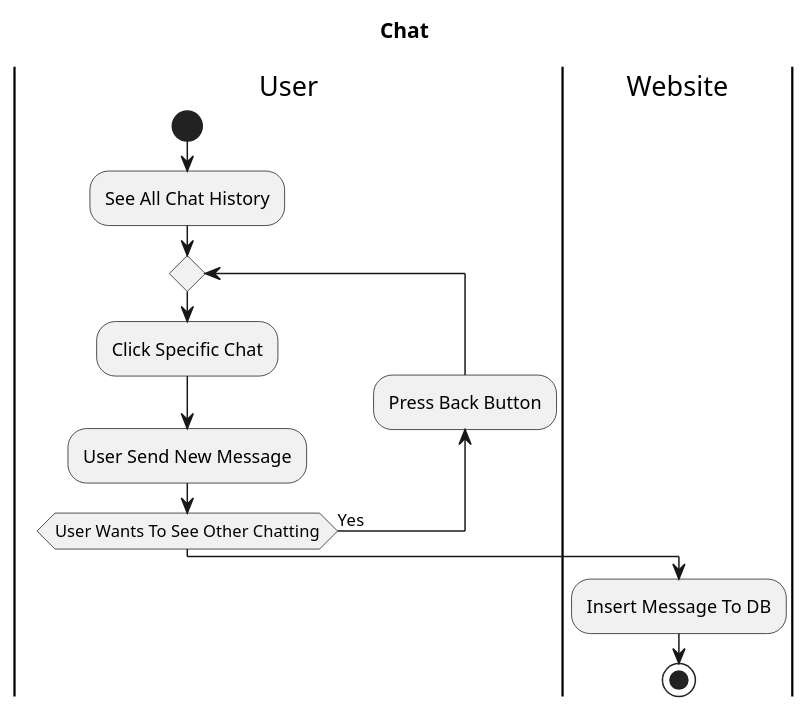
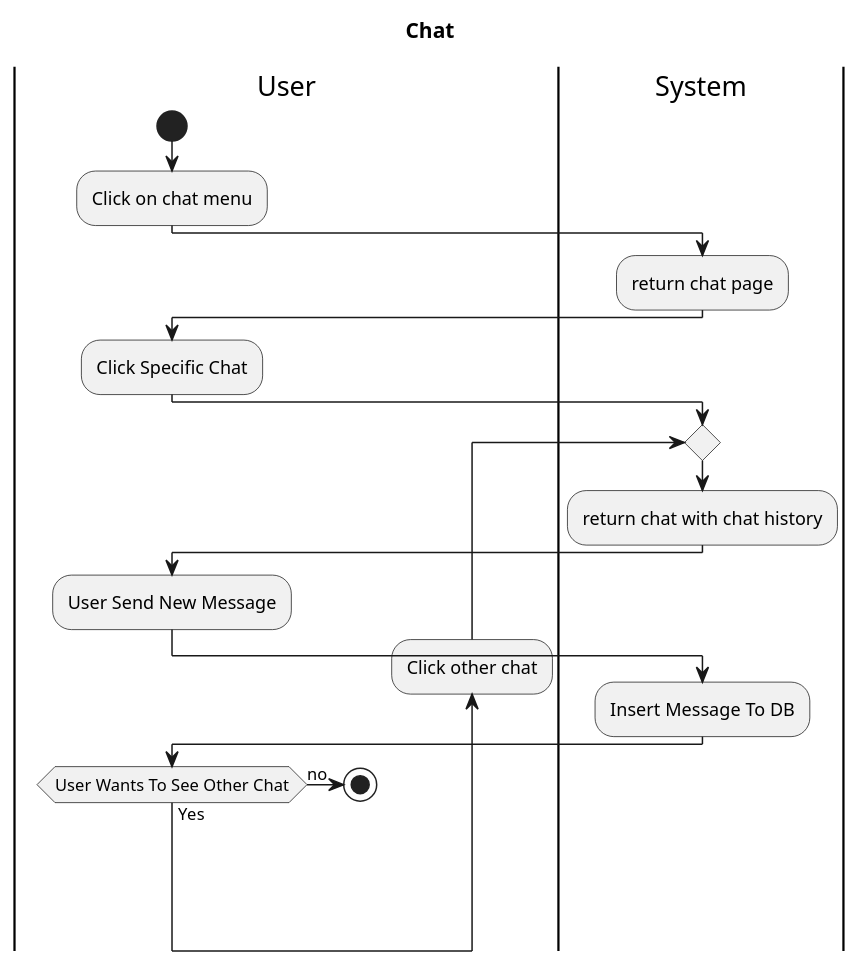
The diagram in Design/BHFMS_ACTIVITY/Chat.puml (AntWort21/BHFMS), drawn with PlantUML before and after one commit.

Commit message:
updated chat activity diagram

```diff
--- a/Design/BHFMS_ACTIVITY/Chat.puml
+++ b/Design/BHFMS_ACTIVITY/Chat.puml
@@ -1,15 +1,23 @@
 @startuml
 title Chat
 |User|
 start
-    :See All Chat History;
-    repeat
-        :Click Specific Chat;
-        :User Send New Message;
-        backward :Press Back Button;
-    repeat while (User Wants To See Other Chatting) is (Yes)
-    
-|Website|
+:Click on chat menu;
+|System|
+:return chat page;
+|User|
+:Click Specific Chat;
+|System|
+repeat
+:return chat with chat history;
+|User|
+:User Send New Message;
+|System|
     :Insert Message To DB;
-stop
+|User|
+  backward :Click other chat;
+if (User Wants To See Other Chat) then (Yes)
+else (no)
+   stop
+endif
 @enduml
```
